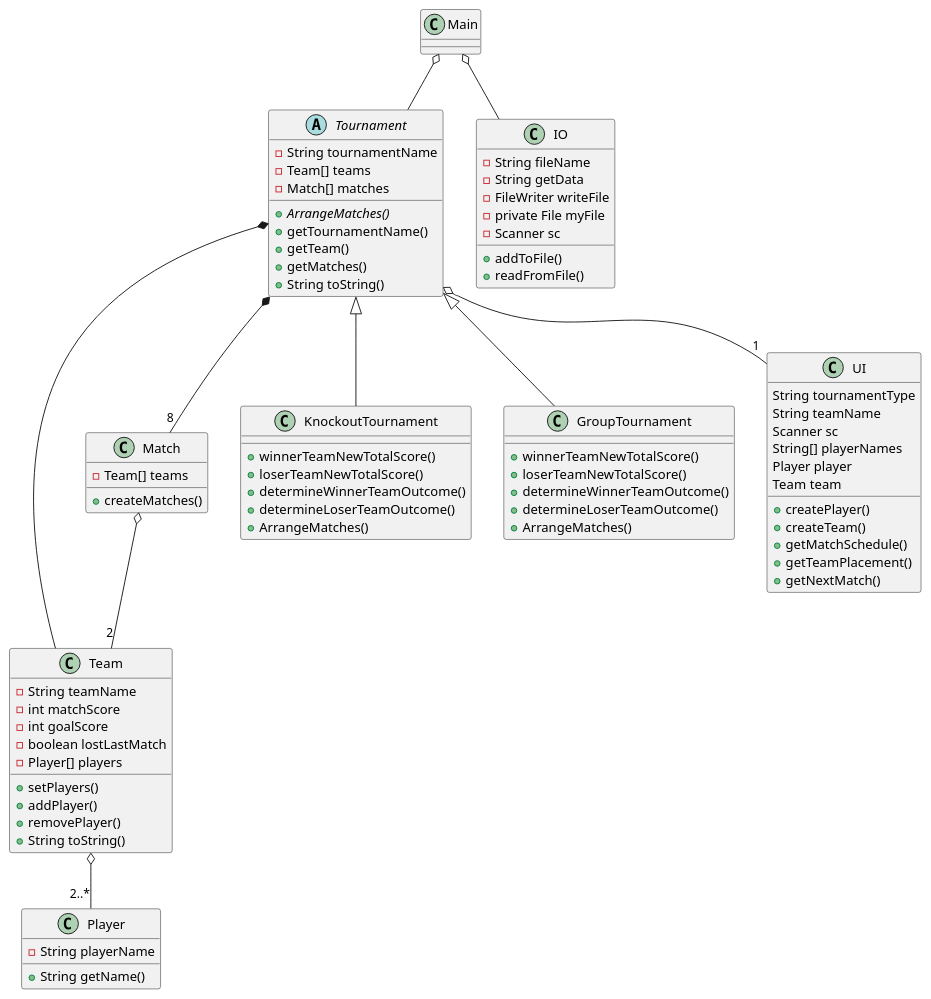
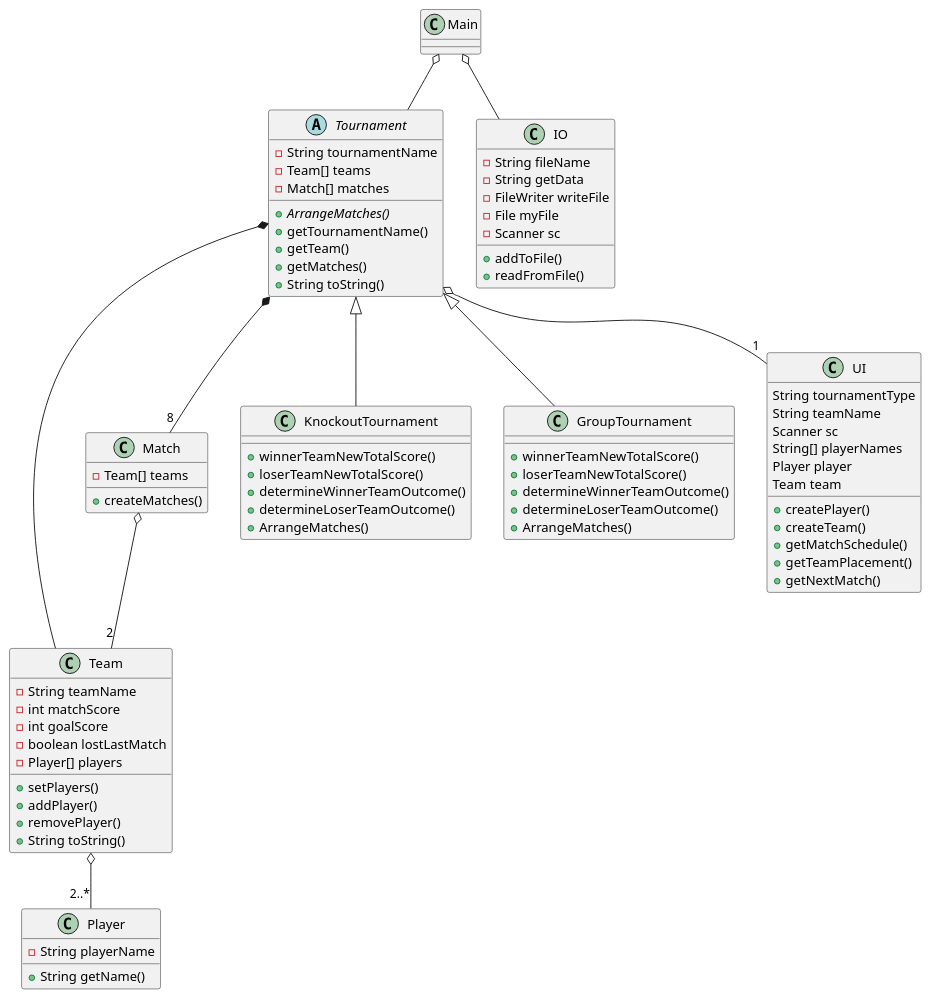
Before and after one commit to DeRp-DaWg/SP3: the diagram in doc/Class.puml, drawn with PlantUML.

Commit message:
Lavet af Andreas

```diff
--- a/doc/Class.puml
+++ b/doc/Class.puml
@@ -1,90 +1,90 @@
 @startuml
 'https://plantuml.com/class-diagram
 
 class Player {
 -String playerName
 +String getName()
 }
 
 class Team {
 -String teamName
 -int matchScore
 -int goalScore
 -boolean lostLastMatch
 -Player[] players
 +setPlayers()
 +addPlayer()
 +removePlayer()
 +String toString()
 }
 
 class Match{
 -Team[] teams
 +createMatches()
 }
 
 abstract Tournament {
 -String tournamentName
 -Team[] teams
 -Match[] matches
 +{abstract}ArrangeMatches()
 +getTournamentName()
 +getTeam()
 +getMatches()
 +String toString()
 }
 
 class KnockoutTournament{
 +winnerTeamNewTotalScore()
 +loserTeamNewTotalScore()
 +determineWinnerTeamOutcome()
 +determineLoserTeamOutcome()
 +ArrangeMatches()
 }
 
 class GroupTournament{
 +winnerTeamNewTotalScore()
 +loserTeamNewTotalScore()
 +determineWinnerTeamOutcome()
 +determineLoserTeamOutcome()
 +ArrangeMatches()
 }
 
 class UI {
 String tournamentType
 String teamName
 Scanner sc
 String[] playerNames
 Player player
 Team team
 +createPlayer()
 +createTeam()
 +getMatchSchedule()
 +getTeamPlacement()
 +getNextMatch()
 }
 
 class IO {
 -String fileName
 -String getData
 -FileWriter writeFile
--private File myFile
+-File myFile
 -Scanner sc
 +addToFile()
 +readFromFile()
 }
 
 class Main{
 }
 
 Main o-- Tournament
 Main o-- IO
 Tournament o-- "1" UI
 Tournament *-- "8" Match
 Tournament *-- Team
 Match o-- "2" Team
 Team o-- "2..*" Player
 Tournament <|-- KnockoutTournament
 Tournament <|-- GroupTournament
 
 @enduml
```
